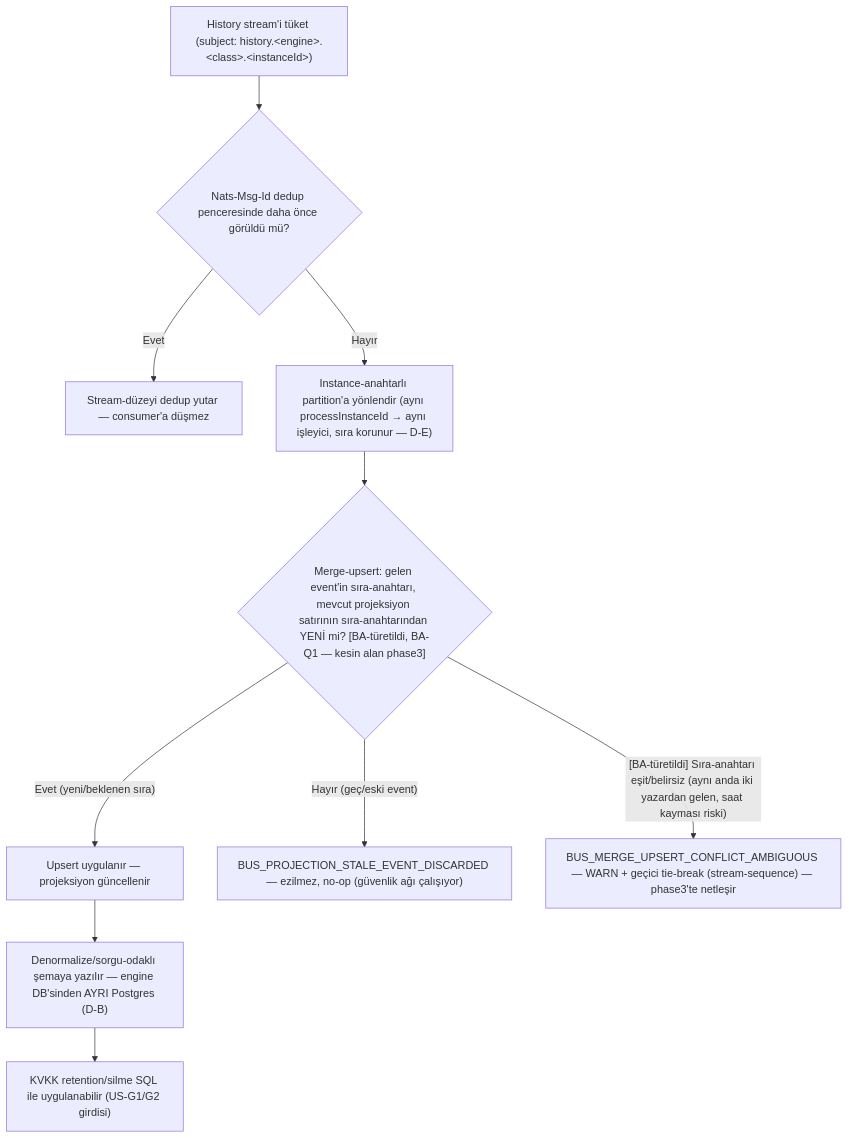
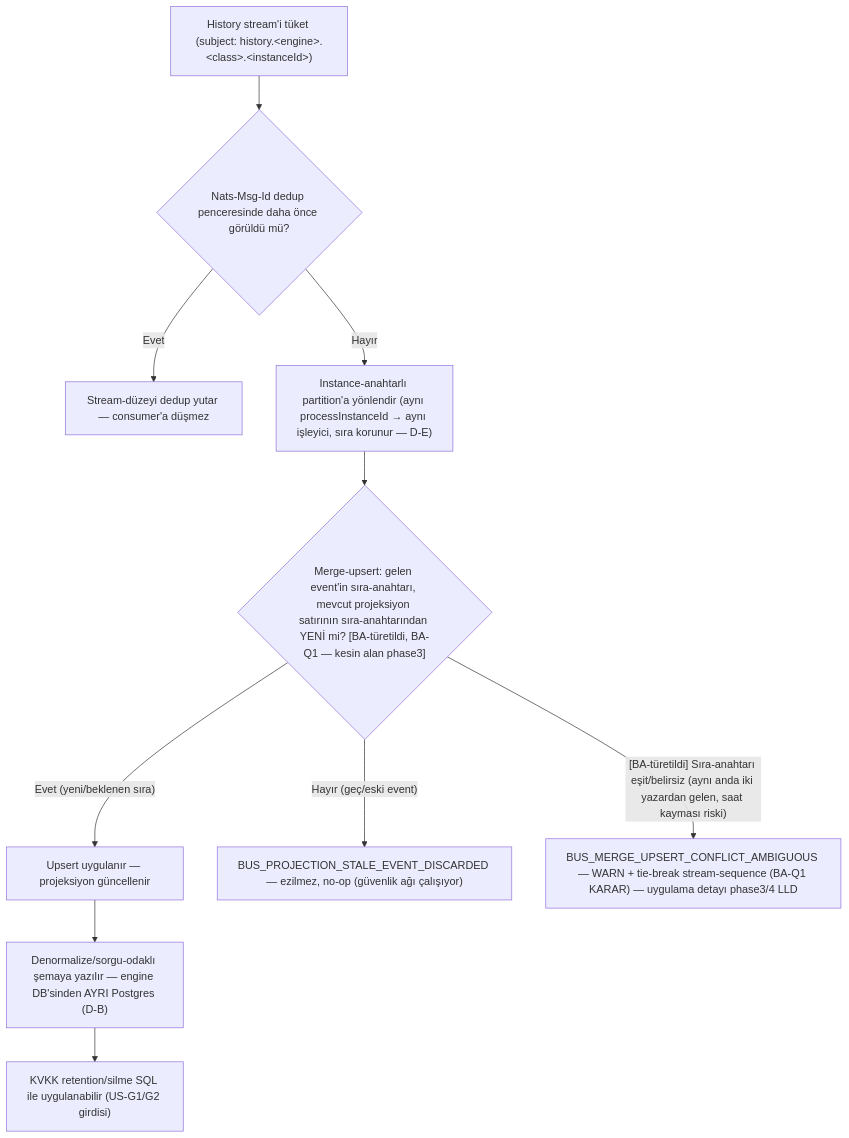
One commit to 3eAI-Labs/nats-bpm-channels changed the fourth of 14 diagrams in docs/sentinel/step2/phase2/BUSINESS_LOGIC.md. Above: the diagram before and after it, drawn with Mermaid. The commit also changed other lines of this file and 5 other files, not shown here.

````diff
--- a/docs/sentinel/step2/phase2/BUSINESS_LOGIC.md
+++ b/docs/sentinel/step2/phase2/BUSINESS_LOGIC.md
@@ -92,12 +92,12 @@
 ```mermaid
 flowchart TD
     A["History stream'i tüket (subject: history.&lt;engine&gt;.&lt;class&gt;.&lt;instanceId&gt;)"] --> B{"Nats-Msg-Id dedup penceresinde daha önce görüldü mü?"}
     B -->|Evet| C["Stream-düzeyi dedup yutar — consumer'a düşmez"]
     B -->|Hayır| D["Instance-anahtarlı partition'a yönlendir (aynı processInstanceId → aynı işleyici, sıra korunur — D-E)"]
     D --> E{"Merge-upsert: gelen event'in sıra-anahtarı, mevcut projeksiyon satırının sıra-anahtarından YENİ mi? [BA-türetildi, BA-Q1 — kesin alan phase3]"}
     E -->|"Evet (yeni/beklenen sıra)"| F["Upsert uygulanır — projeksiyon güncellenir"]
     E -->|"Hayır (geç/eski event)"| G["BUS_PROJECTION_STALE_EVENT_DISCARDED — ezilmez, no-op (güvenlik ağı çalışıyor)"]
-    E -->|"[BA-türetildi] Sıra-anahtarı eşit/belirsiz (aynı anda iki yazardan gelen, saat kayması riski)"| H["BUS_MERGE_UPSERT_CONFLICT_AMBIGUOUS — WARN + geçici tie-break (stream-sequence) — phase3'te netleşir"]
+    E -->|"[BA-türetildi] Sıra-anahtarı eşit/belirsiz (aynı anda iki yazardan gelen, saat kayması riski)"| H["BUS_MERGE_UPSERT_CONFLICT_AMBIGUOUS — WARN + tie-break stream-sequence (BA-Q1 KARAR) — uygulama detayı phase3/4 LLD"]
     F --> I["Denormalize/sorgu-odaklı şemaya yazılır — engine DB'sinden AYRI Postgres (D-B)"]
     I --> J["KVKK retention/silme SQL ile uygulanabilir (US-G1/G2 girdisi)"]
 ```
````
